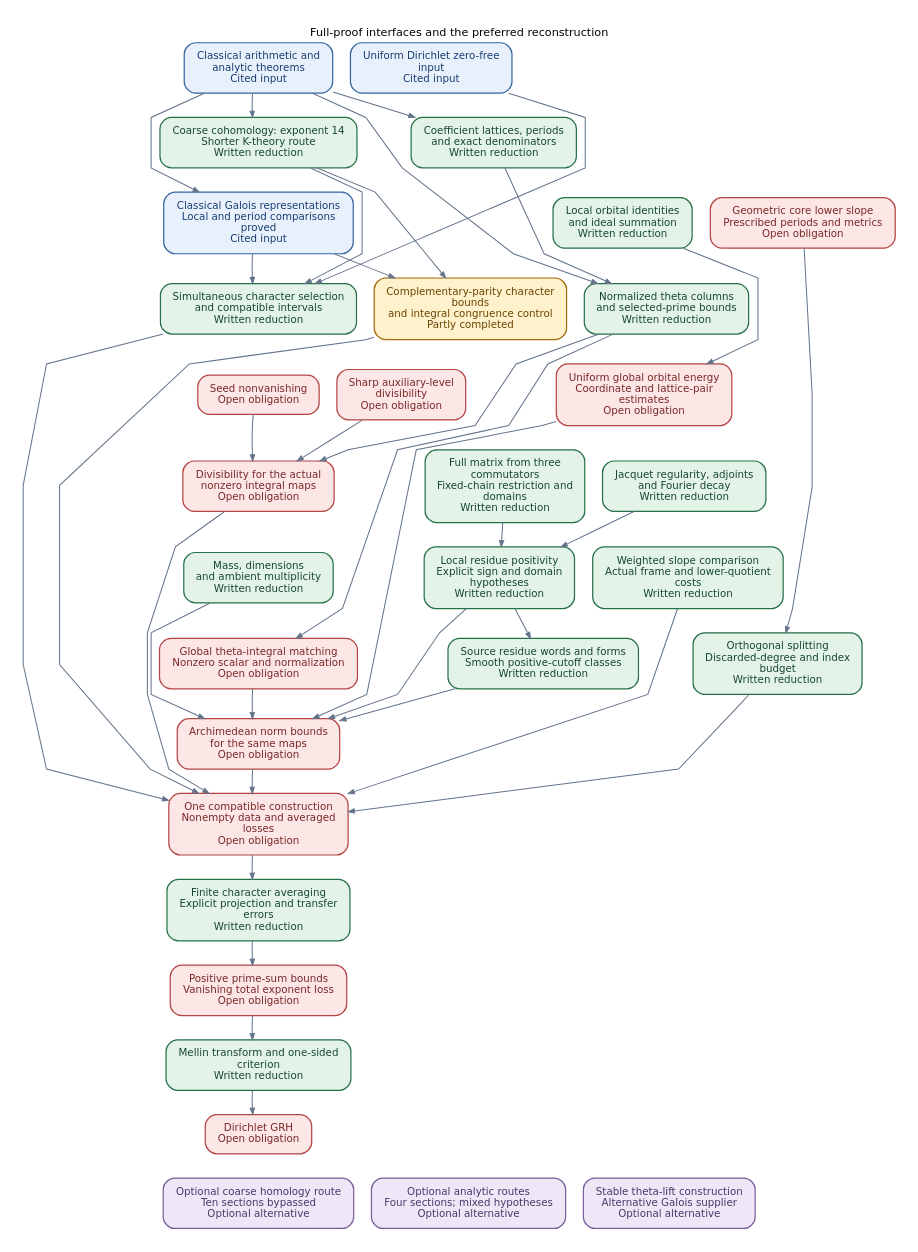
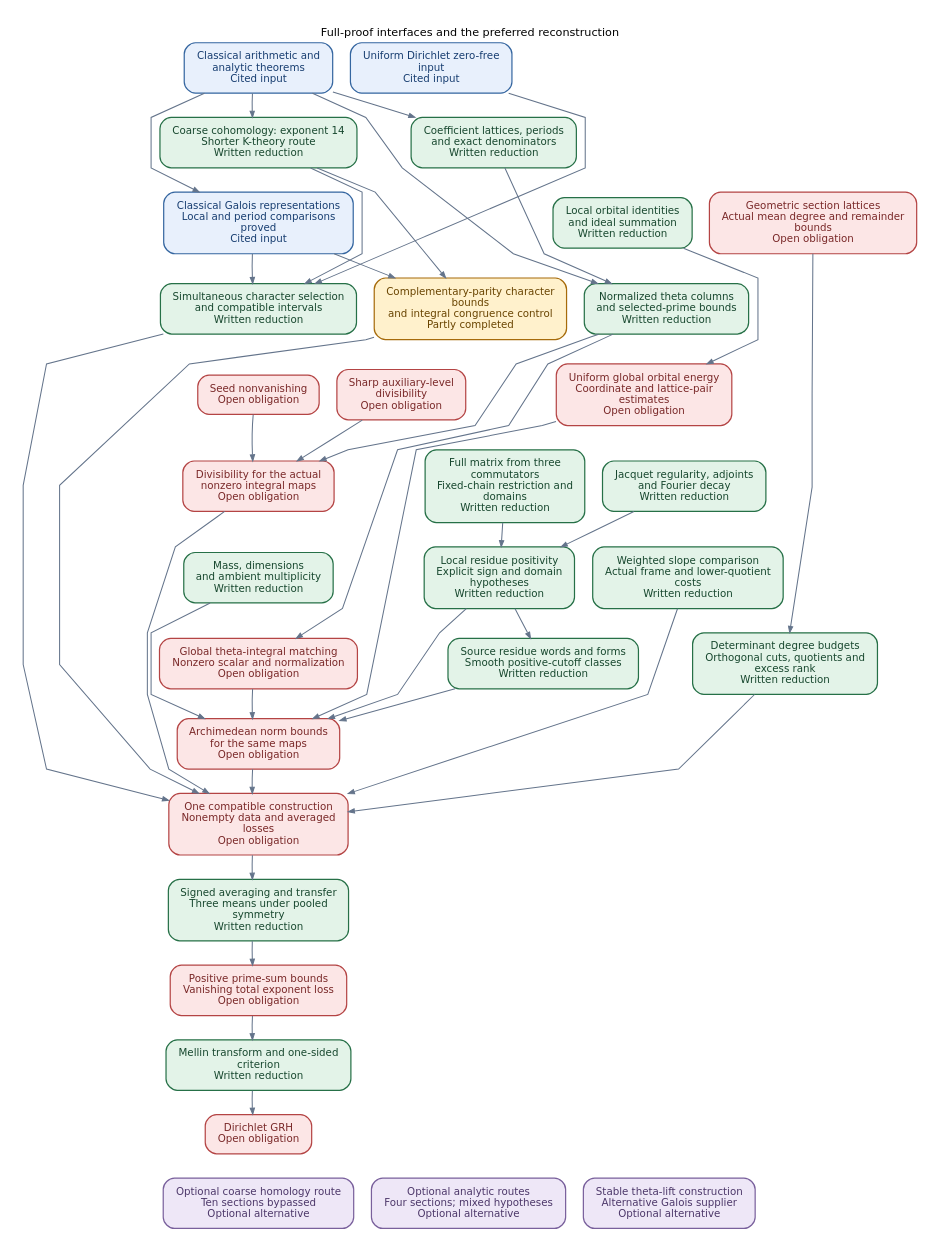
The diagram in blueprint/technical.dot (JoseBrox/GRH_distillation), drawn with Graphviz before and after one commit. The commit also changed 44 other files, not shown here.

```diff
--- a/blueprint/technical.dot
+++ b/blueprint/technical.dot
@@ -1,119 +1,119 @@
 digraph proof {
 graph [rankdir=TB, bgcolor="white", pad="0.24", nodesep="0.30", ranksep="0.48",
   fontname="DejaVu Sans", fontsize=12, labelloc=t, label="Full-proof interfaces and the preferred reconstruction", splines=polyline];
 node [shape=box, style="rounded,filled", fontname="DejaVu Sans", fontsize=11,
   margin="0.18,0.12", penwidth=1.3];
 edge [color="#64748B", penwidth=1.1, arrowsize=0.65];
 graph [nodesep="0.26", ranksep="0.36"];
 "qrh" [label="Uniform Dirichlet zero-free\ninput\nCited input", fillcolor="#E8F0FC", color="#3566A0", fontcolor="#173D70"];
 "classical" [label="Classical arithmetic and\nanalytic theorems\nCited input", fillcolor="#E8F0FC", color="#3566A0", fontcolor="#173D70"];
 "selection" [label="Simultaneous character selection\nand compatible intervals\nWritten reduction", fillcolor="#E3F3E8", color="#267047", fontcolor="#17472E"];
 "coarse" [label="Coarse cohomology: exponent 14\nShorter K-theory route\nWritten reduction", fillcolor="#E3F3E8", color="#267047", fontcolor="#17472E"];
 "refined" [label="Complementary-parity character\nbounds\nand integral congruence control\nPartly completed", fillcolor="#FFF1CC", color="#A66B0B", fontcolor="#694400"];
 "coefficients" [label="Coefficient lattices, periods\nand exact denominators\nWritten reduction", fillcolor="#E3F3E8", color="#267047", fontcolor="#17472E"];
 "theta" [label="Normalized theta columns\nand selected-prime bounds\nWritten reduction", fillcolor="#E3F3E8", color="#267047", fontcolor="#17472E"];
 "seed" [label="Seed nonvanishing\nOpen obligation", fillcolor="#FCE6E6", color="#B44444", fontcolor="#792828"];
 "level" [label="Sharp auxiliary-level\ndivisibility\nOpen obligation", fillcolor="#FCE6E6", color="#B44444", fontcolor="#792828"];
 "divisibility" [label="Divisibility for the actual\nnonzero integral maps\nOpen obligation", fillcolor="#FCE6E6", color="#B44444", fontcolor="#792828"];
 "local_orbits" [label="Local orbital identities\nand ideal summation\nWritten reduction", fillcolor="#E3F3E8", color="#267047", fontcolor="#17472E"];
 "global_orbits" [label="Uniform global orbital energy\nCoordinate and lattice-pair\nestimates\nOpen obligation", fillcolor="#FCE6E6", color="#B44444", fontcolor="#792828"];
 "dimensions" [label="Mass, dimensions\nand ambient multiplicity\nWritten reduction", fillcolor="#E3F3E8", color="#267047", fontcolor="#17472E"];
 "matrix" [label="Full matrix from three\ncommutators\nFixed-chain restriction and\ndomains\nWritten reduction", fillcolor="#E3F3E8", color="#267047", fontcolor="#17472E"];
 "jacquet" [label="Jacquet regularity, adjoints\nand Fourier decay\nWritten reduction", fillcolor="#E3F3E8", color="#267047", fontcolor="#17472E"];
 "residue" [label="Local residue positivity\nExplicit sign and domain\nhypotheses\nWritten reduction", fillcolor="#E3F3E8", color="#267047", fontcolor="#17472E"];
 "norms" [label="Archimedean norm bounds\nfor the same maps\nOpen obligation", fillcolor="#FCE6E6", color="#B44444", fontcolor="#792828"];
 "slope" [label="Weighted slope comparison\nActual frame and lower-quotient\ncosts\nWritten reduction", fillcolor="#E3F3E8", color="#267047", fontcolor="#17472E"];
 "compatible" [label="One compatible construction\nNonempty data and averaged\nlosses\nOpen obligation", fillcolor="#FCE6E6", color="#B44444", fontcolor="#792828"];
 "bound" [label="Positive prime-sum bounds\nVanishing total exponent loss\nOpen obligation", fillcolor="#FCE6E6", color="#B44444", fontcolor="#792828"];
 "criterion" [label="Mellin transform and one-sided\ncriterion\nWritten reduction", fillcolor="#E3F3E8", color="#267047", fontcolor="#17472E"];
 "grh" [label="Dirichlet GRH\nOpen obligation", fillcolor="#FCE6E6", color="#B44444", fontcolor="#792828"];
 "alt_homology" [label="Optional coarse homology route\nTen sections bypassed\nOptional alternative", fillcolor="#EEE7F7", color="#79609C", fontcolor="#4C3769"];
 "alt_analytic" [label="Optional analytic routes\nFour sections; mixed hypotheses\nOptional alternative", fillcolor="#EEE7F7", color="#79609C", fontcolor="#4C3769"];
 "galois" [label="Classical Galois representations\nLocal and period comparisons\nproved\nCited input", fillcolor="#E8F0FC", color="#3566A0", fontcolor="#173D70"];
 "stable_lift" [label="Stable theta-lift construction\nAlternative Galois supplier\nOptional alternative", fillcolor="#EEE7F7", color="#79609C", fontcolor="#4C3769"];
 "theta_identity" [label="Global theta-integral matching\nNonzero scalar and normalization\nOpen obligation", fillcolor="#FCE6E6", color="#B44444", fontcolor="#792828"];
-"geometry" [label="Geometric core lower slope\nPrescribed periods and metrics\nOpen obligation", fillcolor="#FCE6E6", color="#B44444", fontcolor="#792828"];
+"geometry" [label="Geometric section lattices\nActual mean degree and remainder\nbounds\nOpen obligation", fillcolor="#FCE6E6", color="#B44444", fontcolor="#792828"];
 "source_dictionary" [label="Source residue words and forms\nSmooth positive-cutoff classes\nWritten reduction", fillcolor="#E3F3E8", color="#267047", fontcolor="#17472E"];
-"covolume_defect" [label="Orthogonal splitting\nDiscarded-degree and index\nbudget\nWritten reduction", fillcolor="#E3F3E8", color="#267047", fontcolor="#17472E"];
-"averaging" [label="Finite character averaging\nExplicit projection and transfer\nerrors\nWritten reduction", fillcolor="#E3F3E8", color="#267047", fontcolor="#17472E"];
+"covolume_defect" [label="Determinant degree budgets\nOrthogonal cuts, quotients and\nexcess rank\nWritten reduction", fillcolor="#E3F3E8", color="#267047", fontcolor="#17472E"];
+"averaging" [label="Signed averaging and transfer\nThree means under pooled\nsymmetry\nWritten reduction", fillcolor="#E3F3E8", color="#267047", fontcolor="#17472E"];
 "qrh" -> "selection";
 "classical" -> "coarse";
 "coarse" -> "selection";
 "coarse" -> "refined";
 "classical" -> "coefficients";
 "classical" -> "theta";
 "coefficients" -> "theta";
 "theta" -> "divisibility";
 "seed" -> "divisibility";
 "level" -> "divisibility";
 "local_orbits" -> "global_orbits";
 "global_orbits" -> "norms";
 "dimensions" -> "norms";
 "matrix" -> "residue";
 "jacquet" -> "residue";
 "residue" -> "norms";
 "selection" -> "compatible";
 "refined" -> "compatible";
 "divisibility" -> "compatible";
 "norms" -> "compatible";
 "slope" -> "compatible";
 "bound" -> "criterion";
 "criterion" -> "grh";
 "galois" -> "selection";
 "galois" -> "refined";
 "theta" -> "theta_identity";
 "theta_identity" -> "norms";
 "residue" -> "source_dictionary";
 "source_dictionary" -> "norms";
 "geometry" -> "covolume_defect";
 "covolume_defect" -> "compatible";
 "compatible" -> "averaging";
 "averaging" -> "bound";
 "classical" -> "galois";
 {rank=same; "classical"; "qrh";}
 {rank=same; "coarse"; "coefficients";}
 {rank=same; "galois"; "local_orbits"; "geometry";}
 {rank=same; "selection"; "refined"; "theta";}
 {rank=same; "seed"; "level"; "global_orbits";}
 {rank=same; "divisibility"; "matrix"; "jacquet";}
 {rank=same; "dimensions"; "residue"; "slope";}
 {rank=same; "theta_identity"; "source_dictionary"; "covolume_defect";}
 {rank=same; "norms";}
 {rank=same; "compatible";}
 {rank=same; "averaging";}
 {rank=same; "bound";}
 {rank=same; "criterion";}
 {rank=same; "grh";}
 {rank=same; "alt_homology"; "alt_analytic"; "stable_lift";}
 // Invisible edges below control layout only; they are not proof interfaces.
 "classical" -> "qrh" [style=invis, weight=50];
 "coarse" -> "coefficients" [style=invis, weight=50];
 "galois" -> "local_orbits" [style=invis, weight=50];
 "local_orbits" -> "geometry" [style=invis, weight=50];
 "selection" -> "refined" [style=invis, weight=50];
 "refined" -> "theta" [style=invis, weight=50];
 "seed" -> "level" [style=invis, weight=50];
 "level" -> "global_orbits" [style=invis, weight=50];
 "divisibility" -> "matrix" [style=invis, weight=50];
 "matrix" -> "jacquet" [style=invis, weight=50];
 "dimensions" -> "residue" [style=invis, weight=50];
 "residue" -> "slope" [style=invis, weight=50];
 "theta_identity" -> "source_dictionary" [style=invis, weight=50];
 "source_dictionary" -> "covolume_defect" [style=invis, weight=50];
 "alt_homology" -> "alt_analytic" [style=invis, weight=50];
 "alt_analytic" -> "stable_lift" [style=invis, weight=50];
 "classical" -> "coarse" [style=invis, weight=50];
 "coarse" -> "galois" [style=invis, weight=50];
 "galois" -> "selection" [style=invis, weight=50];
 "selection" -> "seed" [style=invis, weight=50];
 "seed" -> "divisibility" [style=invis, weight=50];
 "divisibility" -> "dimensions" [style=invis, weight=50];
 "dimensions" -> "theta_identity" [style=invis, weight=50];
 "theta_identity" -> "norms" [style=invis, weight=50];
 "norms" -> "compatible" [style=invis, weight=50];
 "compatible" -> "averaging" [style=invis, weight=50];
 "averaging" -> "bound" [style=invis, weight=50];
 "bound" -> "criterion" [style=invis, weight=50];
 "criterion" -> "grh" [style=invis, weight=50];
 "grh" -> "alt_homology" [style=invis, weight=50];
 }
```
